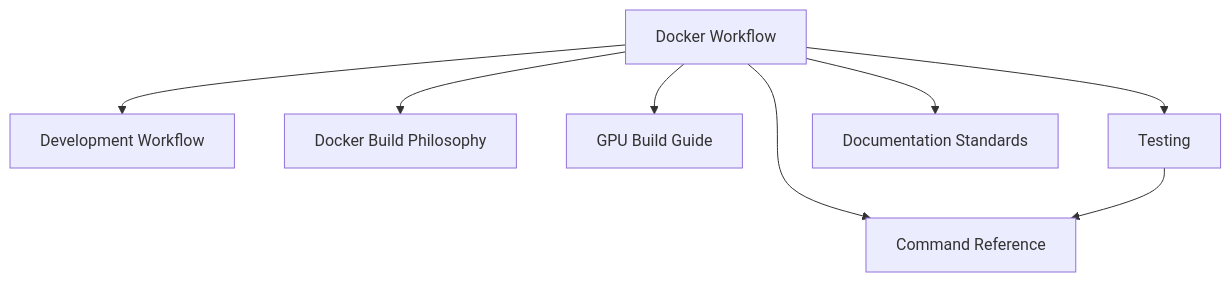
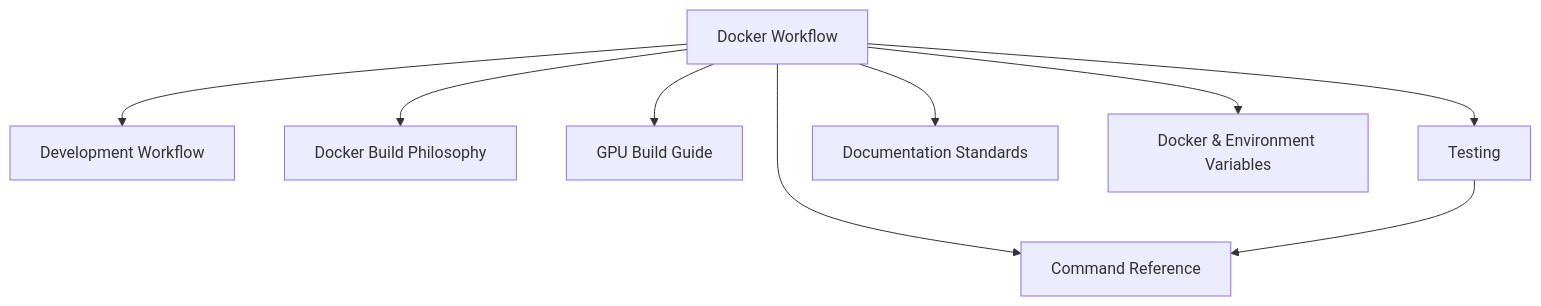
One commit to Tuee22/SpectralMC changed the diagram in documents/engineering/docker_workflow.md. Above: the diagram before and after it, drawn with Mermaid. The commit also changed other lines of this file and 8 other files, not shown here.

````diff
--- a/documents/engineering/docker_workflow.md
+++ b/documents/engineering/docker_workflow.md
@@ -12,18 +12,20 @@
 ```mermaid
 flowchart TB
   Docker[Docker Workflow]
   Cmds[Command Reference]
   Dev[Development Workflow]
   Build[Docker Build Philosophy]
   GPU[GPU Build Guide]
   Test[Testing]
   Docs[Documentation Standards]
+  DockerEnv[Docker & Environment Variables]
 
   Docker --> Cmds
   Docker --> Dev
   Docker --> Build
   Docker --> GPU
   Docker --> Test
   Docker --> Docs
+  Docker --> DockerEnv
   Test --> Cmds
 ```
````
